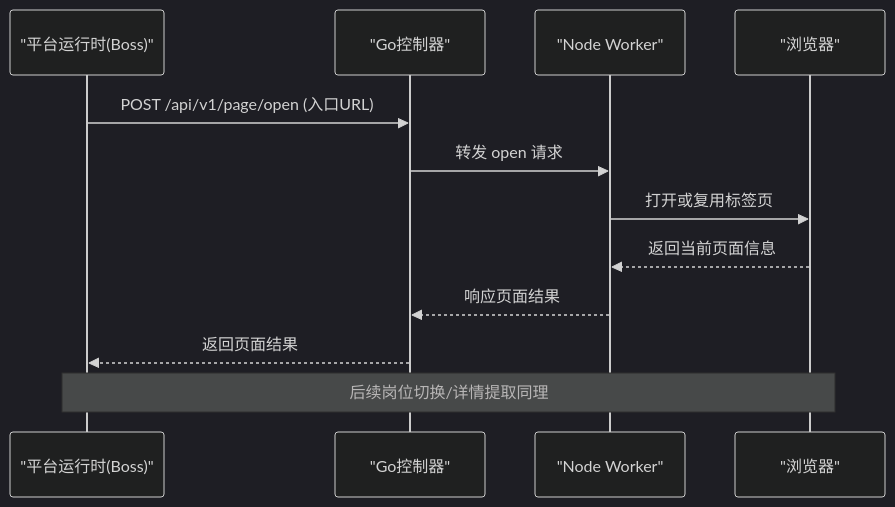
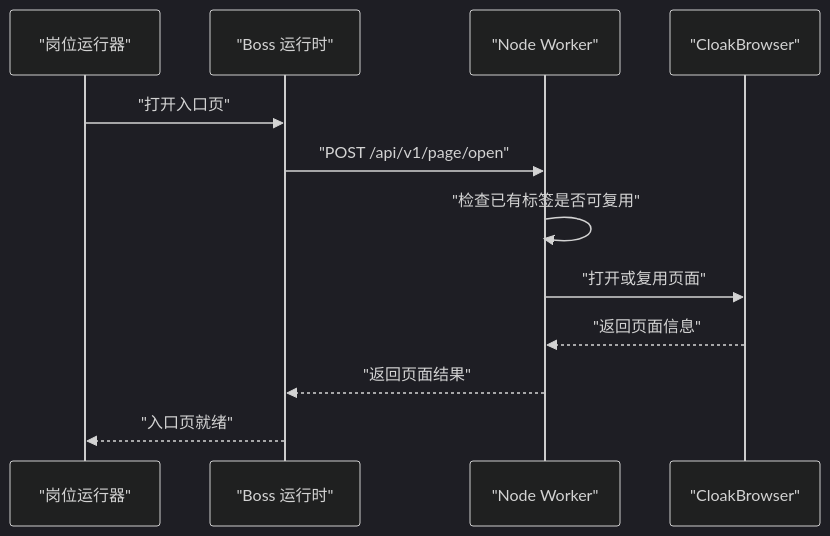
Before and after one commit to alvinwangzi/goodhr: the second of 8 diagrams in .qoder/repowiki/zh/content/本地执行器/平台适配器/Boss直聘适配器/页面导航控制.md, drawn with Mermaid (dark theme). The commit also changed other lines of this file and 149 other files, not shown here.

````diff
--- a/.qoder/repowiki/zh/content/本地执行器/平台适配器/Boss直聘适配器/页面导航控制.md
+++ b/.qoder/repowiki/zh/content/本地执行器/平台适配器/Boss直聘适配器/页面导航控制.md
@@ -103,14 +110,14 @@
 ```mermaid
 sequenceDiagram
-participant P as "平台运行时(Boss)"
-participant G as "Go控制器"
-participant W as "Node Worker"
-participant B as "浏览器"
-P->>G : POST /api/v1/page/open (入口URL)
-G->>W : 转发 open 请求
-W->>B : 打开或复用标签页
-B-->>W : 返回当前页面信息
-W-->>G : 响应页面结果
-G-->>P : 返回页面结果
-Note over P,B : 后续岗位切换/详情提取同理
+participant Runner as "岗位运行器"
+participant BossRuntime as "Boss 运行时"
+participant Worker as "Node Worker"
+participant Browser as "CloakBrowser"
+Runner->>BossRuntime : "打开入口页"
+BossRuntime->>Worker : "POST /api/v1/page/open"
+Worker->>Worker : "检查已有标签是否可复用"
+Worker->>Browser : "打开或复用页面"
+Browser-->>Worker : "返回页面信息"
+Worker-->>BossRuntime : "返回页面结果"
+BossRuntime-->>Runner : "入口页就绪"
 ```
````
